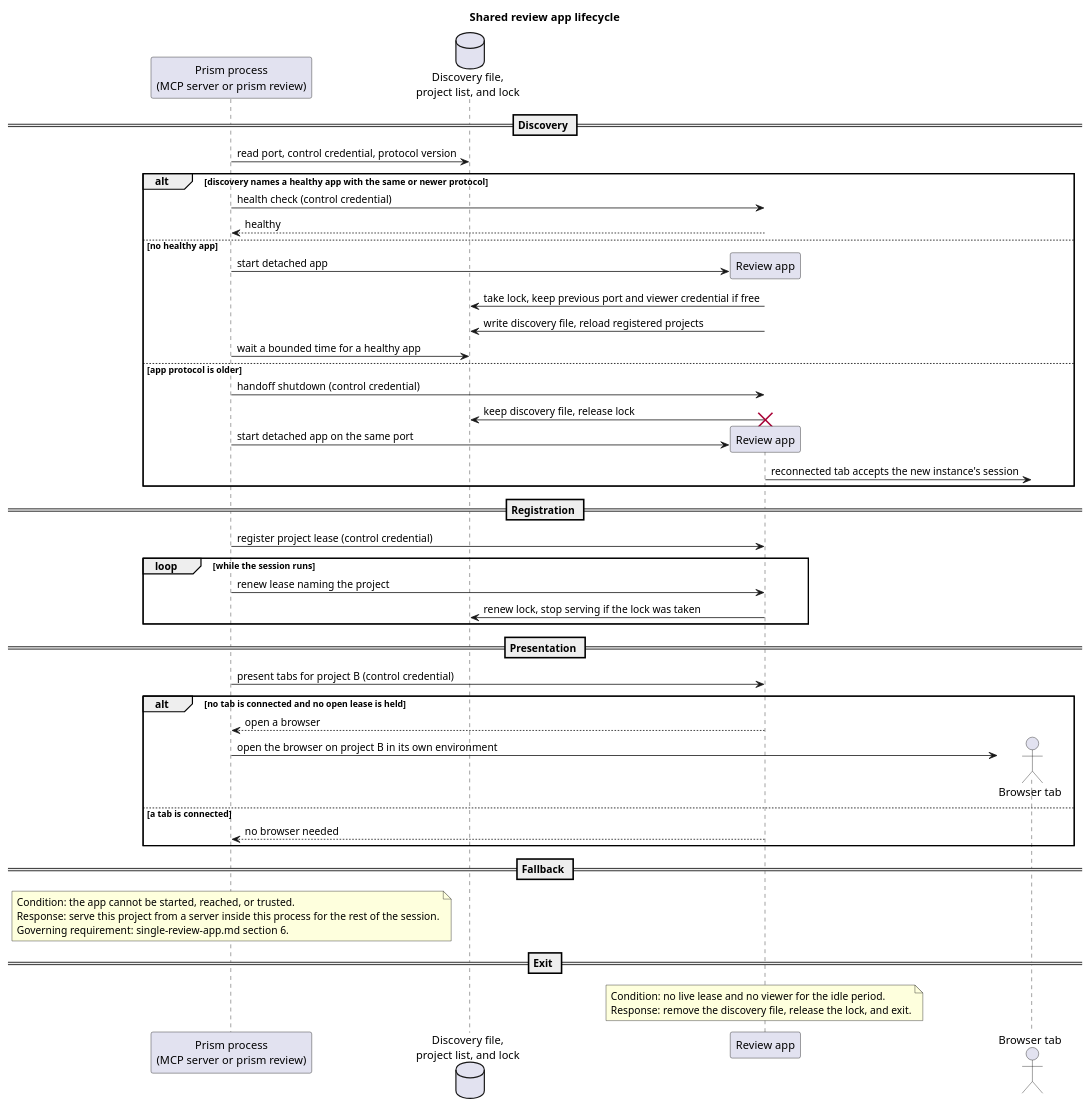
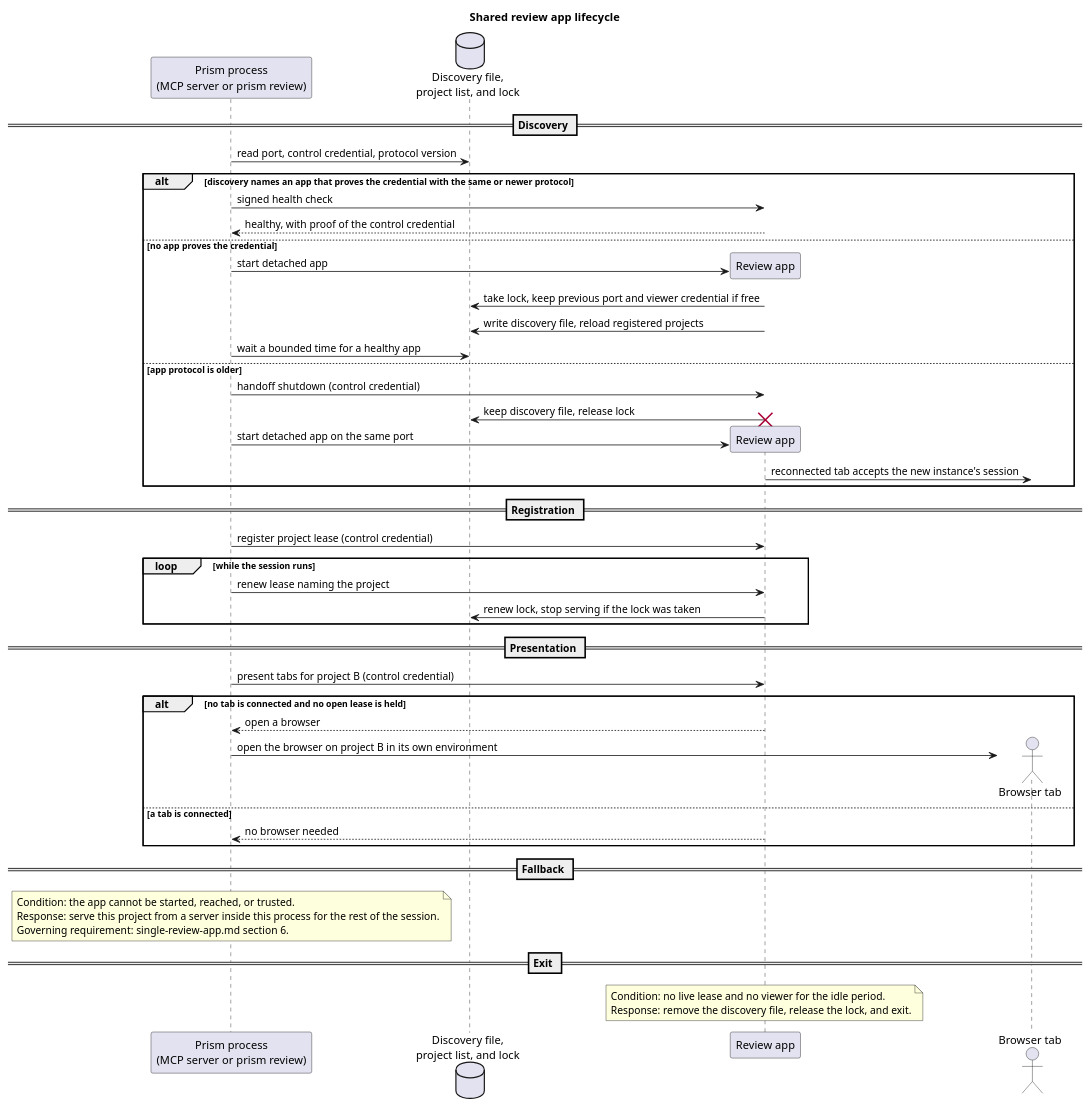
The diagram in docs/ADRs/plantuml-review/shared-review-app-lifecycle.puml (RumyantsevMichael/Prism), drawn with PlantUML before and after one commit. The commit also changed 5 other files, not shown here.

First line of the commit message:
feat: sign review app control requests and isolate scripts

```diff
--- a/docs/ADRs/plantuml-review/shared-review-app-lifecycle.puml
+++ b/docs/ADRs/plantuml-review/shared-review-app-lifecycle.puml
@@ -1,55 +1,55 @@
 @startuml
 title Shared review app lifecycle
 
 participant "Prism process\n(MCP server or prism review)" as Client
 database "Discovery file,\nproject list, and lock" as Discovery
 participant "Review app" as App
 actor "Browser tab" as Tab
 
 == Discovery ==
 Client -> Discovery : read port, control credential, protocol version
-alt discovery names a healthy app with the same or newer protocol
-  Client -> App : health check (control credential)
-  App --> Client : healthy
-else no healthy app
+alt discovery names an app that proves the credential with the same or newer protocol
+  Client -> App : signed health check
+  App --> Client : healthy, with proof of the control credential
+else no app proves the credential
   Client -> App ** : start detached app
   App -> Discovery : take lock, keep previous port and viewer credential if free
   App -> Discovery : write discovery file, reload registered projects
   Client -> Discovery : wait a bounded time for a healthy app
 else app protocol is older
   Client -> App : handoff shutdown (control credential)
   App -> Discovery : keep discovery file, release lock
   destroy App
   Client -> App ** : start detached app on the same port
   App -> Tab : reconnected tab accepts the new instance's session
 end
 
 == Registration ==
 Client -> App : register project lease (control credential)
 loop while the session runs
   Client -> App : renew lease naming the project
   App -> Discovery : renew lock, stop serving if the lock was taken
 end
 
 == Presentation ==
 Client -> App : present tabs for project B (control credential)
 alt no tab is connected and no open lease is held
   App --> Client : open a browser
   Client -> Tab ** : open the browser on project B in its own environment
 else a tab is connected
   App --> Client : no browser needed
 end
 
 == Fallback ==
 note over Client
   Condition: the app cannot be started, reached, or trusted.
   Response: serve this project from a server inside this process for the rest of the session.
   Governing requirement: single-review-app.md section 6.
 end note
 
 == Exit ==
 note over App
   Condition: no live lease and no viewer for the idle period.
   Response: remove the discovery file, release the lock, and exit.
 end note
 @enduml
```
